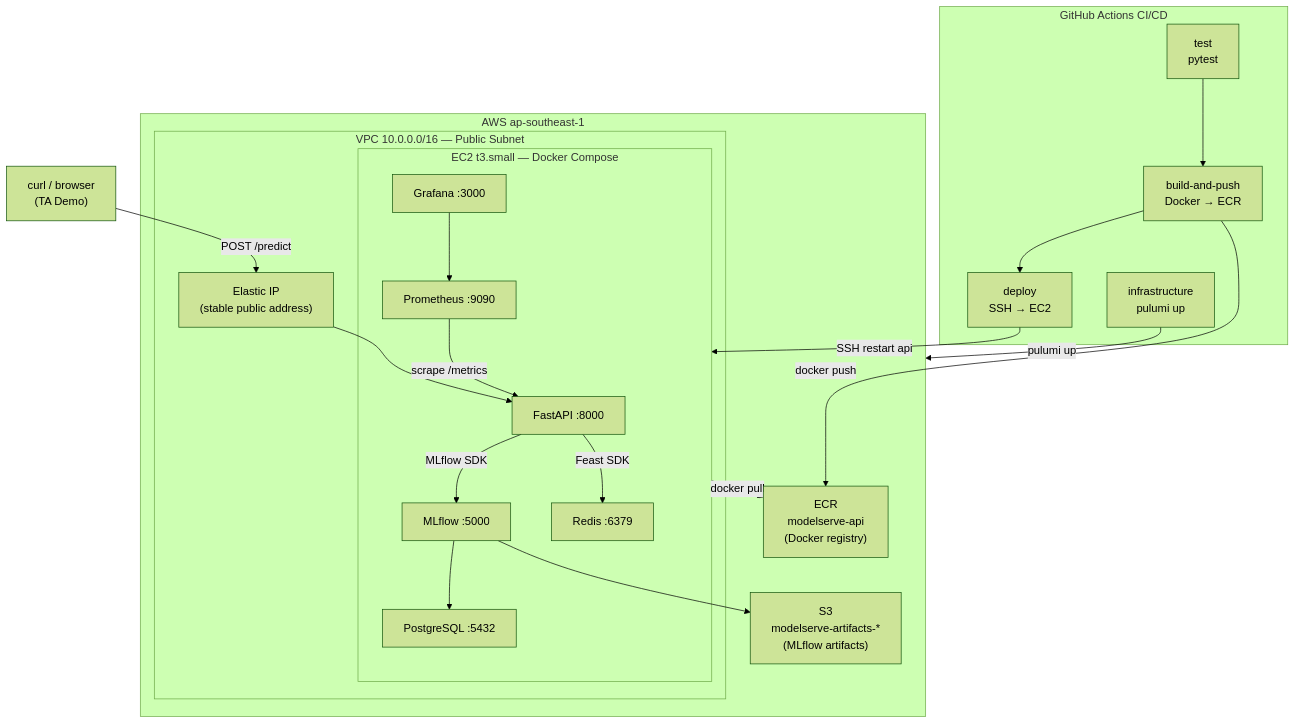
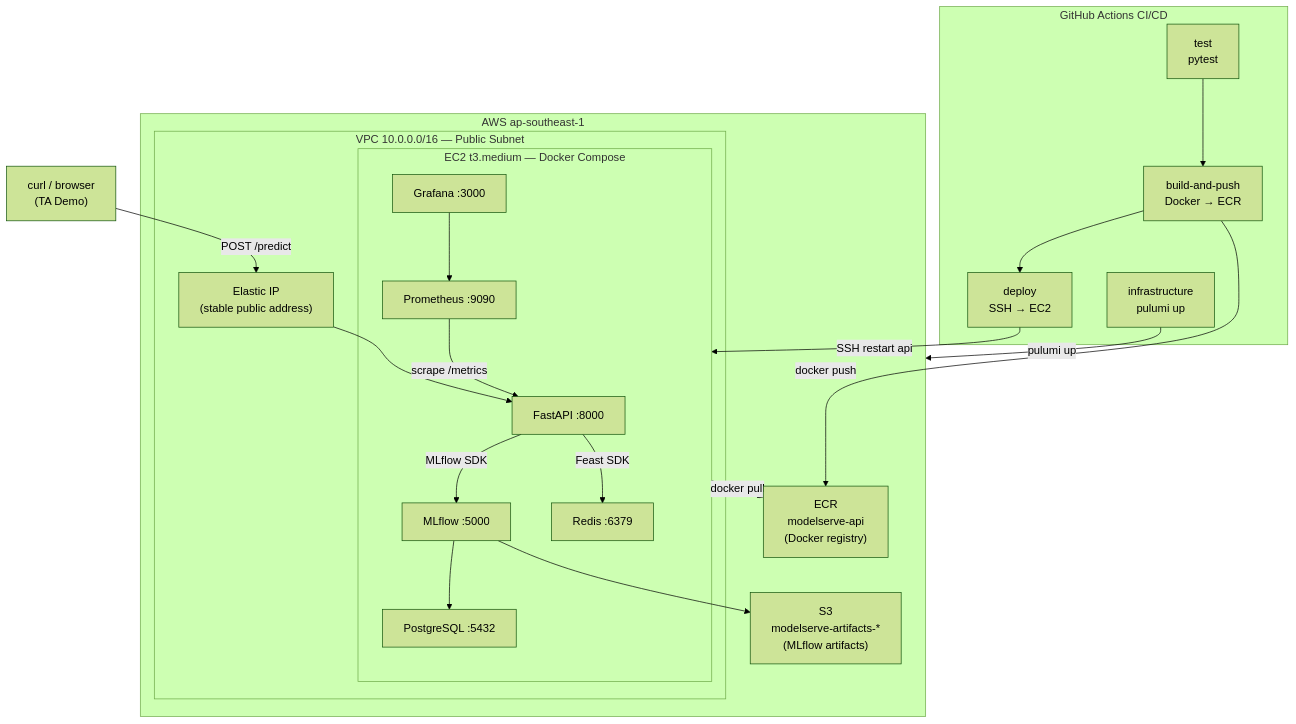
One commit to rafilovestosuffer/MLOps-S2-E1-modelserve-capstone-starter changed the diagram in docs/ARCHITECTURE.md. Above: the diagram before and after it, drawn with Mermaid (forest theme). The commit also changed other lines of this file and 1 other file, not shown here.

Commit message:
docs: update ARCHITECTURE.md to t3.medium; fix Docker install in user-data

````diff
--- a/docs/ARCHITECTURE.md
+++ b/docs/ARCHITECTURE.md
@@ -42,38 +42,38 @@
 ```mermaid
 flowchart TB
     subgraph GitHub["GitHub Actions CI/CD"]
         T[test\npytest] --> BP[build-and-push\nDocker → ECR]
         BP --> D[deploy\nSSH → EC2]
         INF[infrastructure\npulumi up]
     end
 
     subgraph AWS["AWS ap-southeast-1"]
         ECR["ECR\nmodelserve-api\n(Docker registry)"]
         S3["S3\nmodelserve-artifacts-*\n(MLflow artifacts)"]
 
         subgraph VPC["VPC 10.0.0.0/16 — Public Subnet"]
             EIP["Elastic IP\n(stable public address)"]
-            subgraph EC2["EC2 t3.small — Docker Compose"]
+            subgraph EC2["EC2 t3.medium — Docker Compose"]
                 API["FastAPI :8000"]
                 MLFLOW["MLflow :5000"]
                 REDIS["Redis :6379"]
                 PG["PostgreSQL :5432"]
                 PROM["Prometheus :9090"]
                 GRAFANA["Grafana :3000"]
             end
         end
     end
 
     CURL["curl / browser\n(TA Demo)"] -->|POST /predict| EIP
     EIP --> API
     API -->|Feast SDK| REDIS
     API -->|MLflow SDK| MLFLOW
     MLFLOW --> PG
     MLFLOW --> S3
     PROM -->|scrape /metrics| API
     GRAFANA --> PROM
     D -->|SSH restart api| EC2
     BP -->|docker push| ECR
     EC2 -->|docker pull| ECR
     INF -->|pulumi up| AWS
 ```
````
